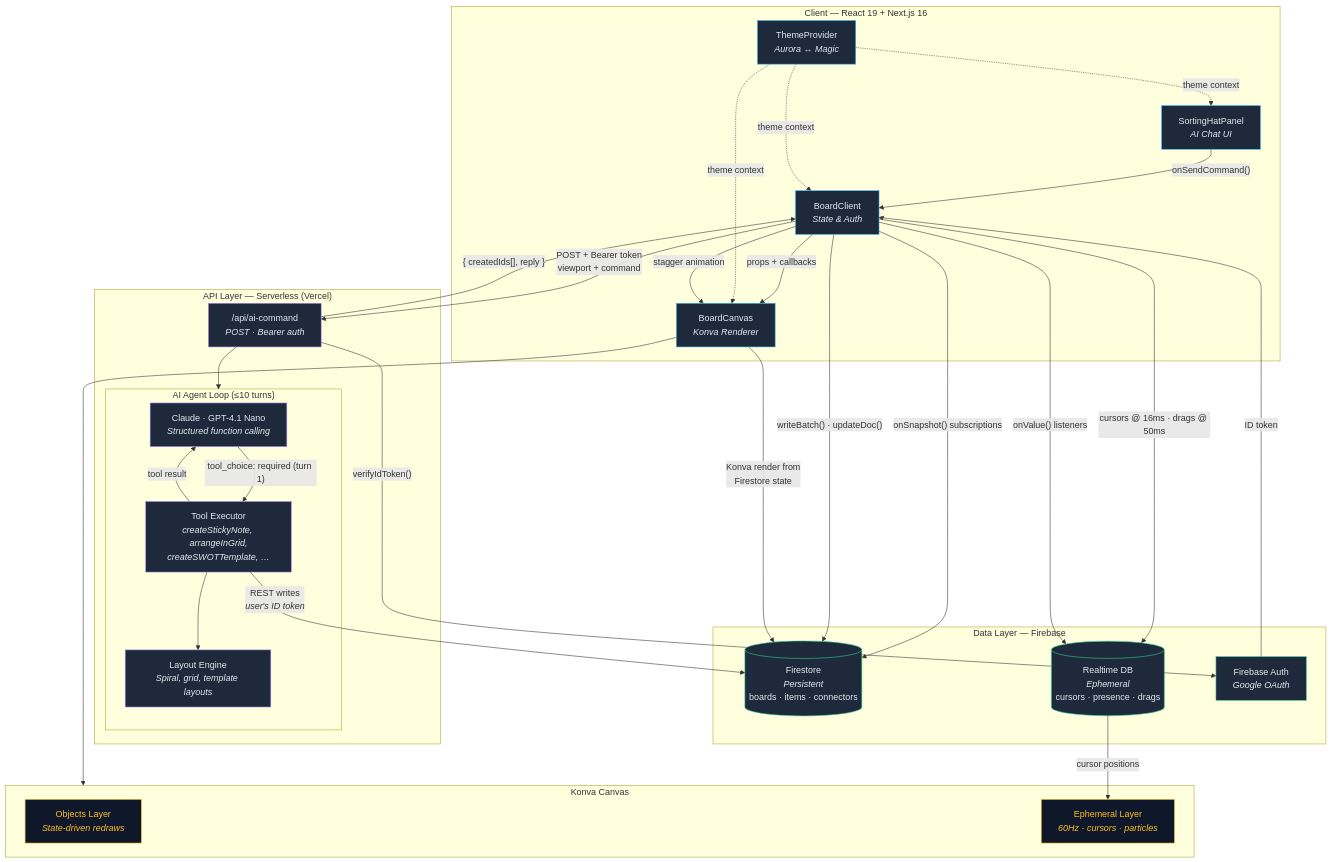
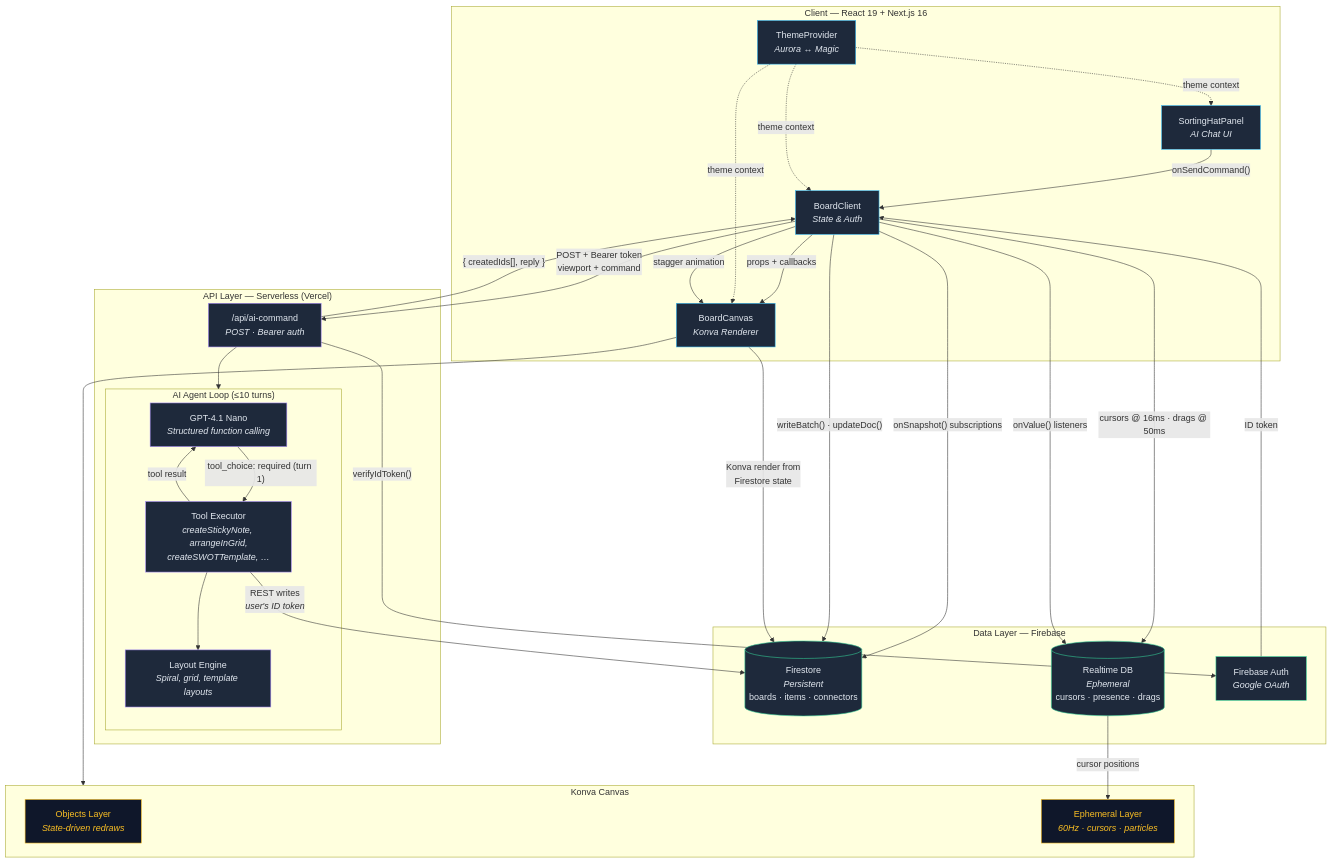
One commit to helloblair/Collaborative-Chaos changed the diagram in README.md. Above: the diagram before and after it, drawn with Mermaid. The commit also changed other lines of this file and 1 other file, not shown here.

````diff
--- a/README.md
+++ b/README.md
@@ -15,76 +15,76 @@
 ```mermaid
 flowchart TB
     subgraph Client["Client — React 19 + Next.js 16"]
         SHP["SortingHatPanel<br/><i>AI Chat UI</i>"]
         BC["BoardClient<br/><i>State & Auth</i>"]
         BCV["BoardCanvas<br/><i>Konva Renderer</i>"]
         TP["ThemeProvider<br/><i>Aurora ↔ Magic</i>"]
 
         SHP -->|"onSendCommand()"| BC
         BC -->|"props + callbacks"| BCV
         TP -.->|"theme context"| BC
         TP -.->|"theme context"| BCV
         TP -.->|"theme context"| SHP
     end
 
     subgraph API["API Layer — Serverless (Vercel)"]
         AIR["/api/ai-command<br/><i>POST · Bearer auth</i>"]
         subgraph AgentLoop["AI Agent Loop (≤10 turns)"]
-            LLM["Claude · GPT-4.1 Nano<br/><i>Structured function calling</i>"]
+            LLM["GPT-4.1 Nano<br/><i>Structured function calling</i>"]
             TE["Tool Executor<br/><i>createStickyNote, arrangeInGrid,<br/>createSWOTTemplate, …</i>"]
             LE["Layout Engine<br/><i>Spiral, grid, template layouts</i>"]
             LLM -->|"tool_choice: required (turn 1)"| TE
             TE -->|"tool result"| LLM
             TE --> LE
         end
         AIR --> AgentLoop
     end
 
     subgraph Data["Data Layer — Firebase"]
         FS[("Firestore<br/><i>Persistent</i><br/>boards · items · connectors")]
         RTDB[("Realtime DB<br/><i>Ephemeral</i><br/>cursors · presence · drags")]
         AUTH["Firebase Auth<br/><i>Google OAuth</i>"]
     end
 
     %% Client ↔ Firestore
     BC -->|"onSnapshot() subscriptions"| FS
     BC -->|"writeBatch() · updateDoc()"| FS
     BCV -->|"Konva render from<br/>Firestore state"| FS
 
     %% Client ↔ RTDB
     BC -->|"cursors @ 16ms · drags @ 50ms"| RTDB
     BC -->|"onValue() listeners"| RTDB
 
     %% Client → API
     BC -->|"POST + Bearer token<br/>viewport + command"| AIR
 
     %% API → Firestore (via user token)
     TE -->|"REST writes<br/><i>user's ID token</i>"| FS
 
     %% Auth
     AUTH -->|"ID token"| BC
     AIR -->|"verifyIdToken()"| AUTH
 
     %% API → Client response
     AIR -->|"{ createdIds[], reply }"| BC
     BC -->|"stagger animation"| BCV
 
     %% Canvas layers
     subgraph Canvas["Konva Canvas"]
         OL["Objects Layer<br/><i>State-driven redraws</i>"]
         EL["Ephemeral Layer<br/><i>60Hz · cursors · particles</i>"]
     end
     BCV --> Canvas
 
     RTDB -->|"cursor positions"| EL
 
     classDef client fill:#1e293b,stroke:#38bdf8,color:#e2e8f0
     classDef api fill:#1e293b,stroke:#a78bfa,color:#e2e8f0
     classDef data fill:#1e293b,stroke:#34d399,color:#e2e8f0
     classDef canvas fill:#0f172a,stroke:#fbbf24,color:#fbbf24
 
     class SHP,BC,BCV,TP client
     class AIR,LLM,TE,LE api
     class FS,RTDB,AUTH data
     class OL,EL canvas
 ```
````
